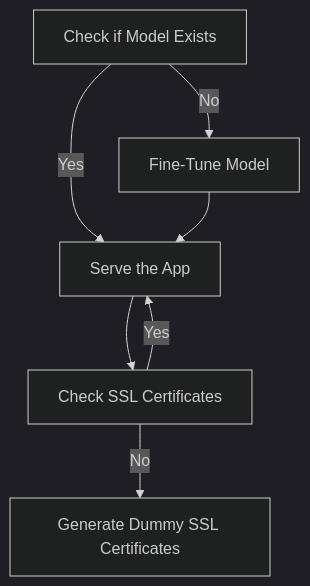
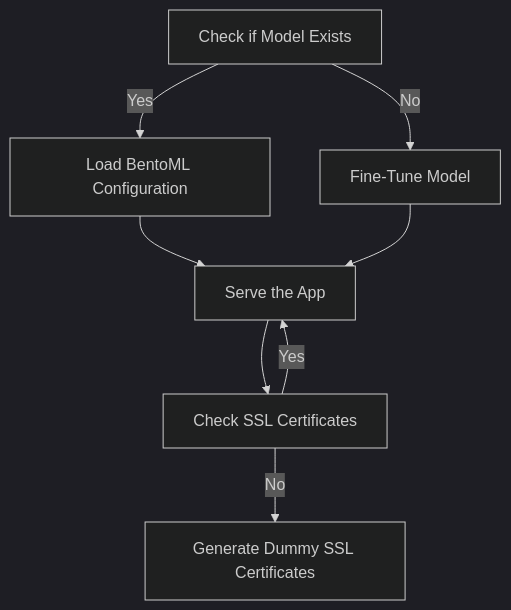
The diagram in README.md (egpivo/llmchatbot), drawn with Mermaid (dark theme) before and after one commit.

Commit message:
CHG: update README by adding configuration

````diff
--- a/README.md
+++ b/README.md
@@ -19,16 +19,17 @@
 ```mermaid
 graph TD
   A[Check if Model Exists]
   B[Fine-Tune Model]
   C[Serve the App]
   D[Check SSL Certificates]
   E[Generate Dummy SSL Certificates]
-
+  F[Load BentoML Configuration]
   A -- No --> B
-  A -- Yes --> C
+  A -- Yes --> F
+  F --> C
   B --> C
   C --> D
   D -- No --> E
   D -- Yes --> C
 
 ```
````
